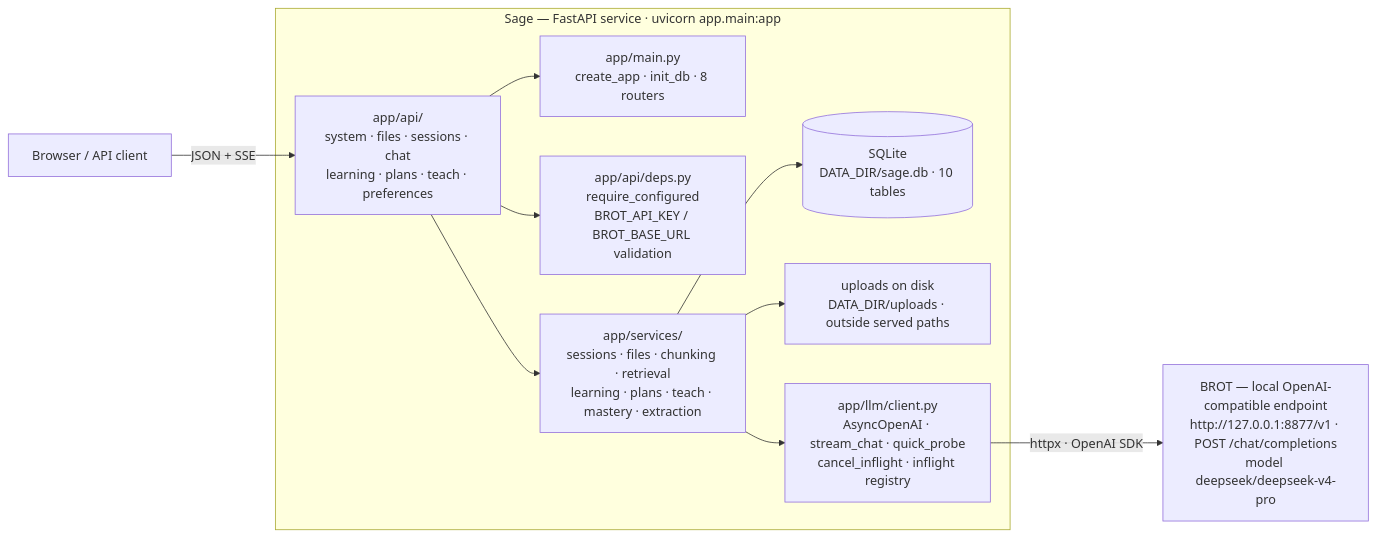
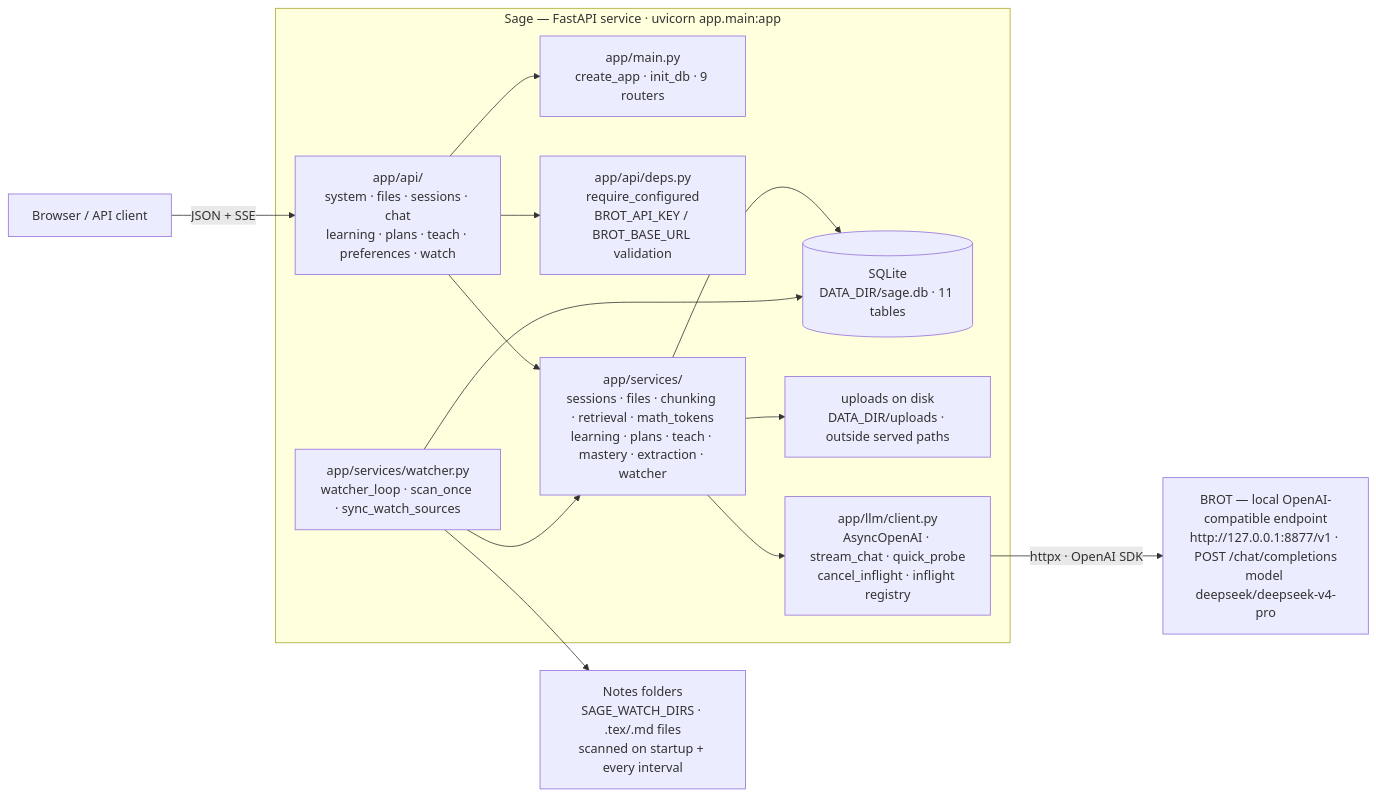
The first of 4 diagrams in README.md (totallynotbrent/Sage), drawn with Mermaid before and after one commit. The commit also changed other lines of this file and 57 other files, not shown here.

````diff
--- a/README.md
+++ b/README.md
@@ -81,23 +86,28 @@
 ```mermaid
 flowchart LR
     CLIENT["Browser / API client"] -->|"JSON + SSE"| API
     B["BROT — local OpenAI-compatible endpoint<br/>http://127.0.0.1:8877/v1 · POST /chat/completions<br/>model deepseek/deepseek-v4-pro"]
 
     subgraph APP["Sage — FastAPI service · uvicorn app.main:app"]
-        MAIN["app/main.py<br/>create_app · init_db · 8 routers"]
-        API["app/api/<br/>system · files · sessions · chat<br/>learning · plans · teach · preferences"]
+        MAIN["app/main.py<br/>create_app · init_db · 9 routers"]
+        API["app/api/<br/>system · files · sessions · chat<br/>learning · plans · teach · preferences · watch"]
         DEPS["app/api/deps.py<br/>require_configured<br/>BROT_API_KEY / BROT_BASE_URL validation"]
-        SVC["app/services/<br/>sessions · files · chunking · retrieval<br/>learning · plans · teach · mastery · extraction"]
-        DB[("SQLite<br/>DATA_DIR/sage.db · 10 tables")]
+        SVC["app/services/<br/>sessions · files · chunking · retrieval · math_tokens<br/>learning · plans · teach · mastery · extraction · watcher"]
+        WATCH["app/services/watcher.py<br/>watcher_loop · scan_once · sync_watch_sources"]
+        DB[("SQLite<br/>DATA_DIR/sage.db · 11 tables")]
         UP["uploads on disk<br/>DATA_DIR/uploads · outside served paths"]
         LLM["app/llm/client.py<br/>AsyncOpenAI · stream_chat · quick_probe<br/>cancel_inflight · inflight registry"]
     end
+    NOTES["Notes folders<br/>SAGE_WATCH_DIRS · .tex/.md files<br/>scanned on startup + every interval"]
 
     API --> MAIN
     API --> DEPS
     API --> SVC
     SVC --> DB
     SVC --> UP
     SVC --> LLM
+    WATCH --> NOTES
+    WATCH --> DB
+    WATCH --> SVC
     LLM -->|"httpx · OpenAI SDK"| B
 ```
````
